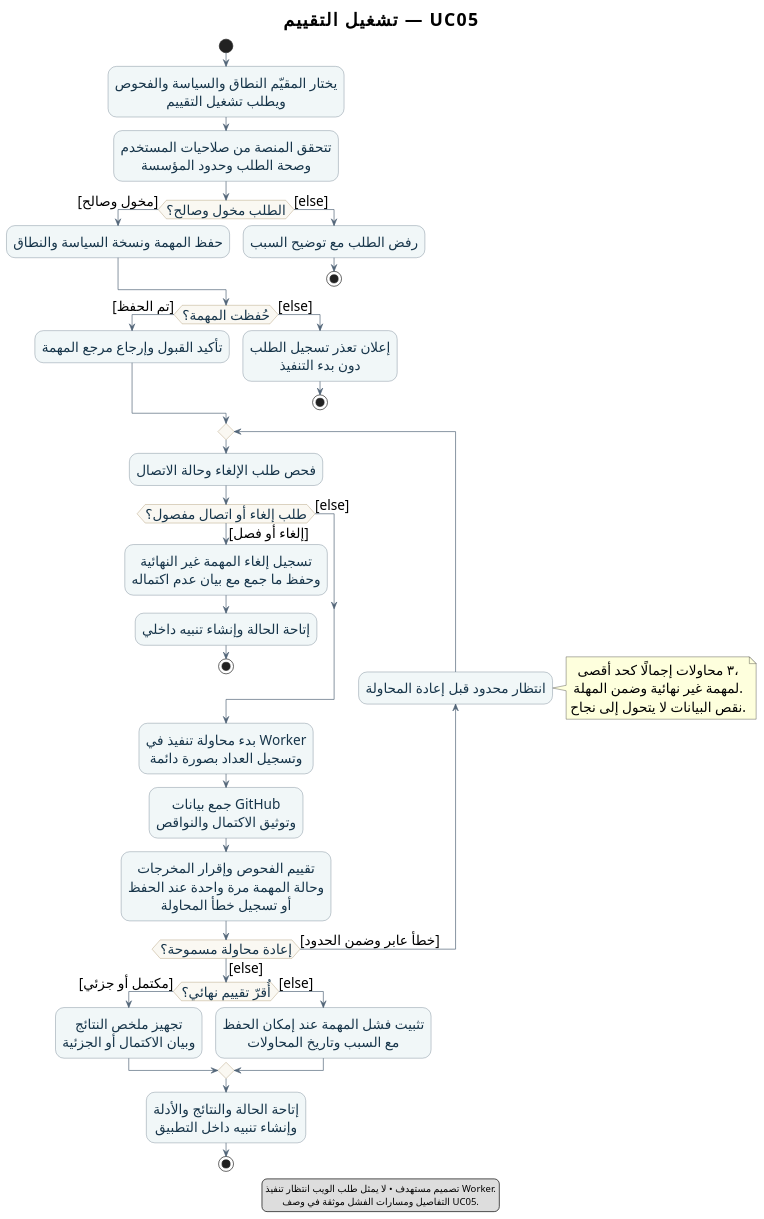
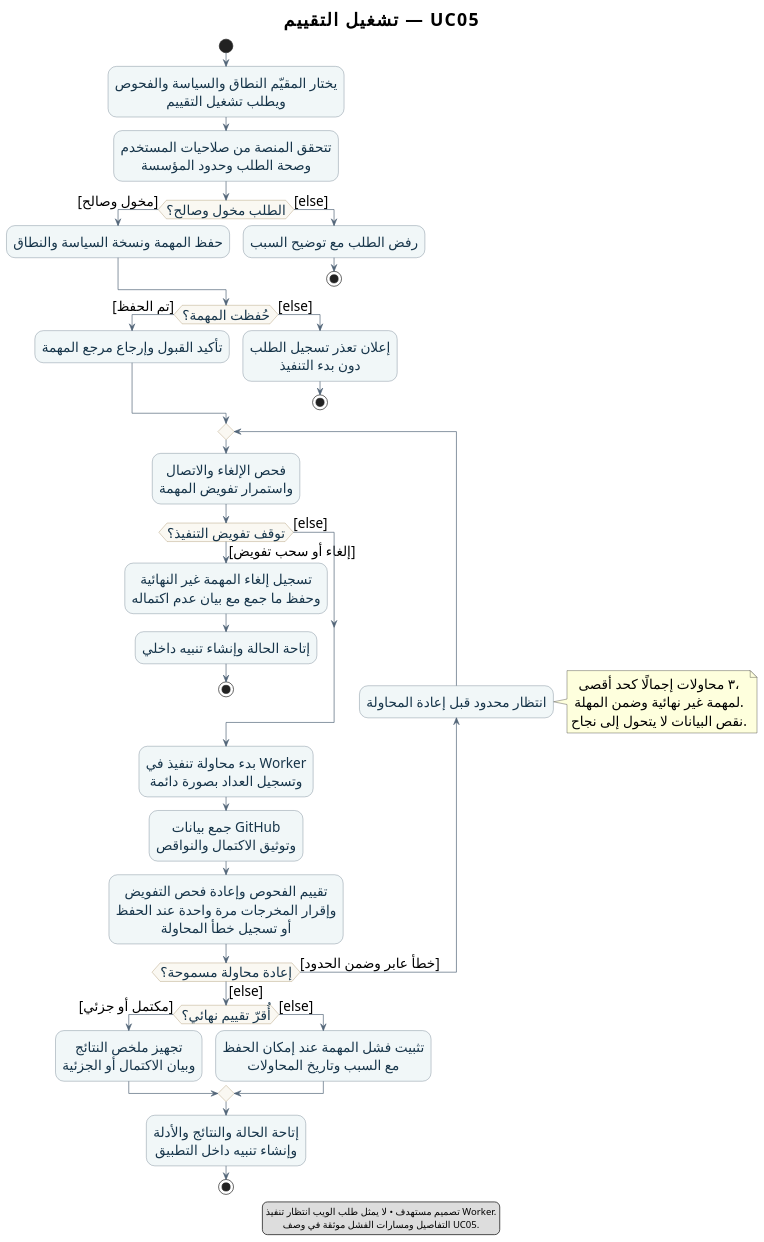
One commit to omar-Al-Assaf/github-security-assessment changed the diagram in docs/diagrams/activity/03-run-assessment-activity.puml. Above: the diagram before and after it, drawn with PlantUML. The commit also changed 27 other files, not shown here.

```diff
--- a/docs/diagrams/activity/03-run-assessment-activity.puml
+++ b/docs/diagrams/activity/03-run-assessment-activity.puml
@@ -1,69 +1,69 @@
 @startuml 03-run-assessment-activity
 title تشغيل التقييم — UC05
 
 skinparam defaultFontName Dubai
 skinparam defaultFontSize 20
 skinparam titleFontSize 26
 skinparam defaultTextAlignment center
 skinparam shadowing false
 skinparam ArrowColor #526578
 skinparam activity {
   BackgroundColor #F1F7F8
   BorderColor #526578
   FontColor #17354A
   DiamondBackgroundColor #FAF8F2
   DiamondBorderColor #9A8051
 }
 
 start
 :يختار المقيّم النطاق والسياسة والفحوص\nويطلب تشغيل التقييم;
 :تتحقق المنصة من صلاحيات المستخدم\nوصحة الطلب وحدود المؤسسة;
 
 if (الطلب مخول وصالح؟) then ([مخول وصالح])
   :حفظ المهمة ونسخة السياسة والنطاق;
 else ([else])
   :رفض الطلب مع توضيح السبب;
   stop
 endif
 
 if (حُفظت المهمة؟) then ([تم الحفظ])
   :تأكيد القبول وإرجاع مرجع المهمة;
 else ([else])
   :إعلان تعذر تسجيل الطلب\nدون بدء التنفيذ;
   stop
 endif
 
 repeat
-  :فحص طلب الإلغاء وحالة الاتصال;
-  if (طلب إلغاء أو اتصال مفصول؟) then ([إلغاء أو فصل])
+  :فحص الإلغاء والاتصال\nواستمرار تفويض المهمة;
+  if (توقف تفويض التنفيذ؟) then ([إلغاء أو سحب تفويض])
     :تسجيل إلغاء المهمة غير النهائية\nوحفظ ما جمع مع بيان عدم اكتماله;
     :إتاحة الحالة وإنشاء تنبيه داخلي;
     stop
   else ([else])
   endif
   :بدء محاولة تنفيذ في Worker\nوتسجيل العداد بصورة دائمة;
   :جمع بيانات GitHub\nوتوثيق الاكتمال والنواقص;
-  :تقييم الفحوص وإقرار المخرجات\nوحالة المهمة مرة واحدة عند الحفظ\nأو تسجيل خطأ المحاولة;
+  :تقييم الفحوص وإعادة فحص التفويض\nوإقرار المخرجات مرة واحدة عند الحفظ\nأو تسجيل خطأ المحاولة;
 backward :انتظار محدود قبل إعادة المحاولة;
 repeat while (إعادة محاولة مسموحة؟) is ([خطأ عابر وضمن الحدود]) not ([else])
 
 note right
   ٣ محاولات إجمالًا كحد أقصى،
   لمهمة غير نهائية وضمن المهلة.
   نقص البيانات لا يتحول إلى نجاح.
 end note
 
 if (أُقرّ تقييم نهائي؟) then ([مكتمل أو جزئي])
   :تجهيز ملخص النتائج\nوبيان الاكتمال أو الجزئية;
 else ([else])
   :تثبيت فشل المهمة عند إمكان الحفظ\nمع السبب وتاريخ المحاولات;
 endif
 
 :إتاحة الحالة والنتائج والأدلة\nوإنشاء تنبيه داخل التطبيق;
 stop
 
 legend bottom
   تصميم مستهدف • لا يمثل طلب الويب انتظار تنفيذ Worker.
   التفاصيل ومسارات الفشل موثقة في وصف UC05.
 endlegend
 @enduml
```
